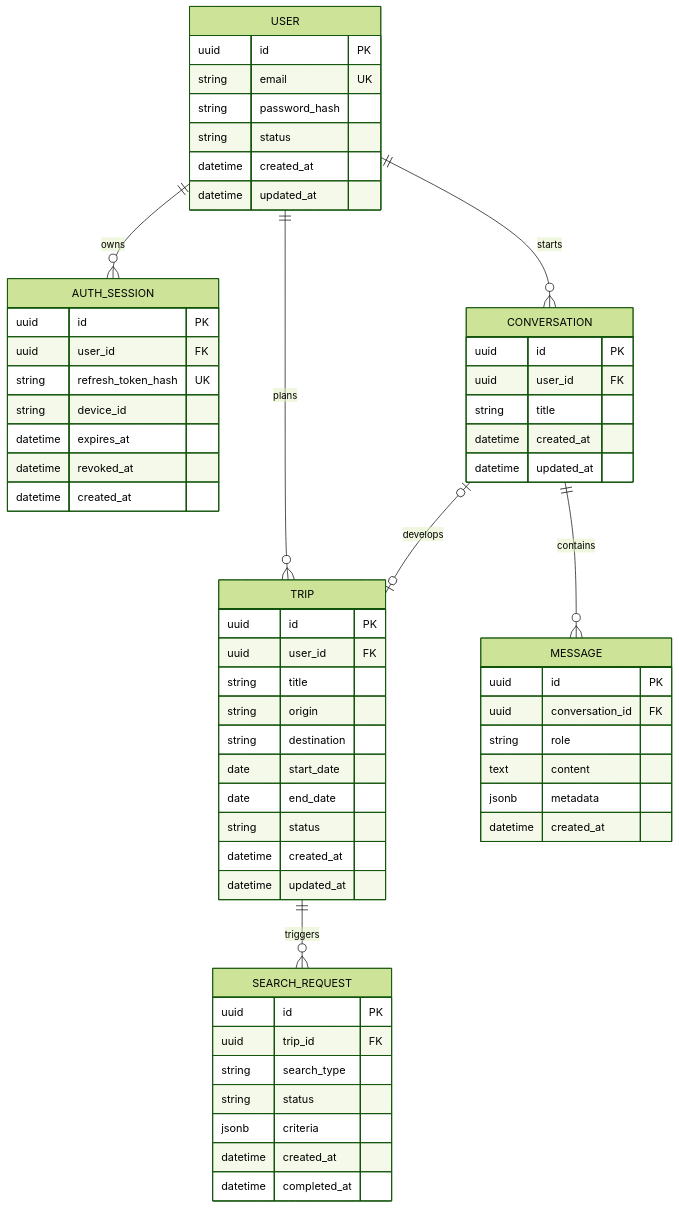
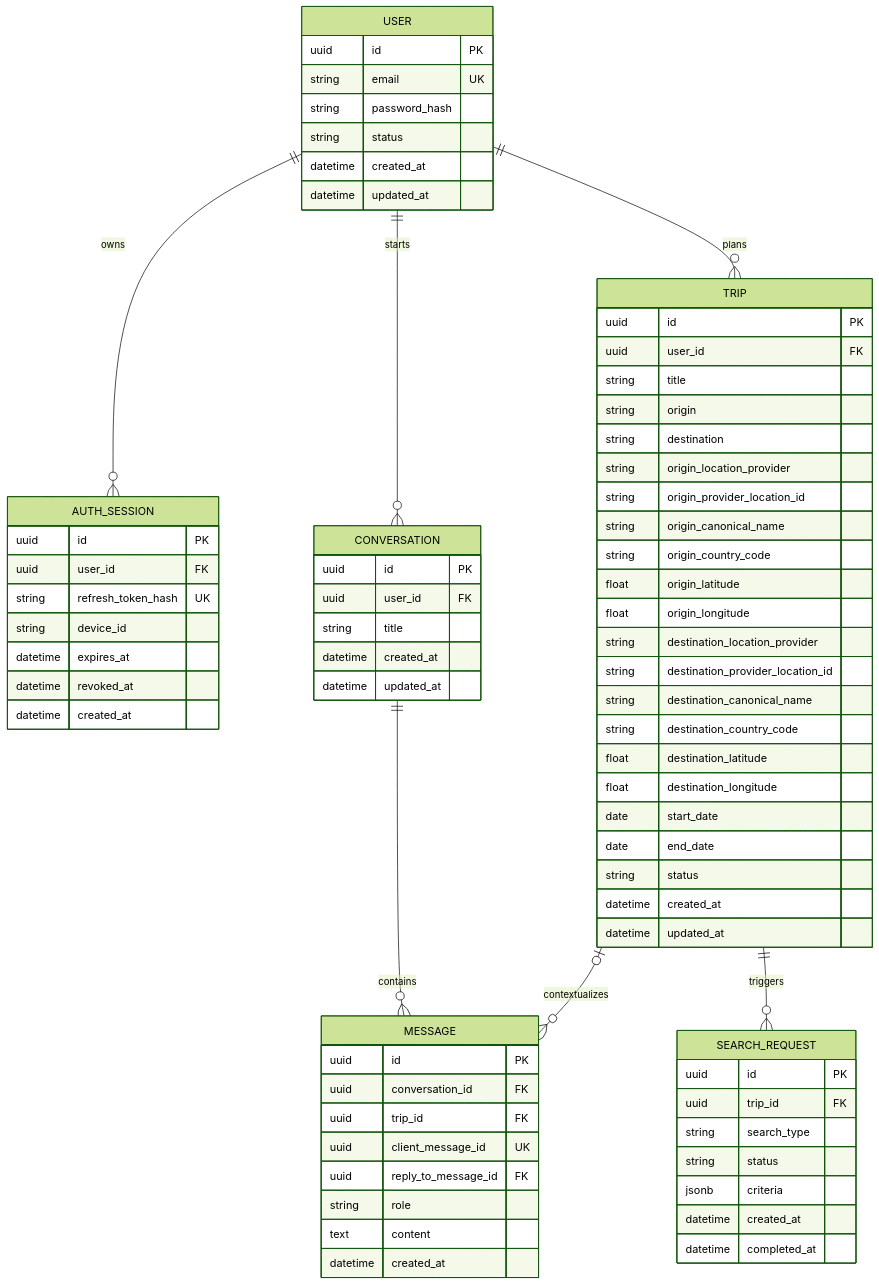
The first of 2 diagrams in docs/database.md (manipoint/map-server), drawn with Mermaid (forest theme) before and after one commit. The commit also changed other lines of this file and 99 other files, not shown here.

````diff
--- a/docs/database.md
+++ b/docs/database.md
@@ -33,63 +36,77 @@
 ```mermaid
 erDiagram
     USER ||--o{ AUTH_SESSION : owns
     USER ||--o{ CONVERSATION : starts
     USER ||--o{ TRIP : plans
     CONVERSATION ||--o{ MESSAGE : contains
-    CONVERSATION o|--o| TRIP : develops
+    TRIP o|--o{ MESSAGE : contextualizes
     TRIP ||--o{ SEARCH_REQUEST : triggers
 
     USER {
         uuid id PK
         string email UK
         string password_hash
         string status
         datetime created_at
         datetime updated_at
     }
     AUTH_SESSION {
         uuid id PK
         uuid user_id FK
         string refresh_token_hash UK
         string device_id
         datetime expires_at
         datetime revoked_at
         datetime created_at
     }
     CONVERSATION {
         uuid id PK
         uuid user_id FK
         string title
         datetime created_at
         datetime updated_at
     }
     MESSAGE {
         uuid id PK
         uuid conversation_id FK
+        uuid trip_id FK
+        uuid client_message_id UK
+        uuid reply_to_message_id FK
         string role
         text content
-        jsonb metadata
         datetime created_at
     }
     TRIP {
         uuid id PK
         uuid user_id FK
         string title
         string origin
         string destination
+        string origin_location_provider
+        string origin_provider_location_id
+        string origin_canonical_name
+        string origin_country_code
+        float origin_latitude
+        float origin_longitude
+        string destination_location_provider
+        string destination_provider_location_id
+        string destination_canonical_name
+        string destination_country_code
+        float destination_latitude
+        float destination_longitude
         date start_date
         date end_date
         string status
         datetime created_at
         datetime updated_at
     }
     SEARCH_REQUEST {
         uuid id PK
         uuid trip_id FK
         string search_type
         string status
         jsonb criteria
         datetime created_at
         datetime completed_at
     }
 ```
````
